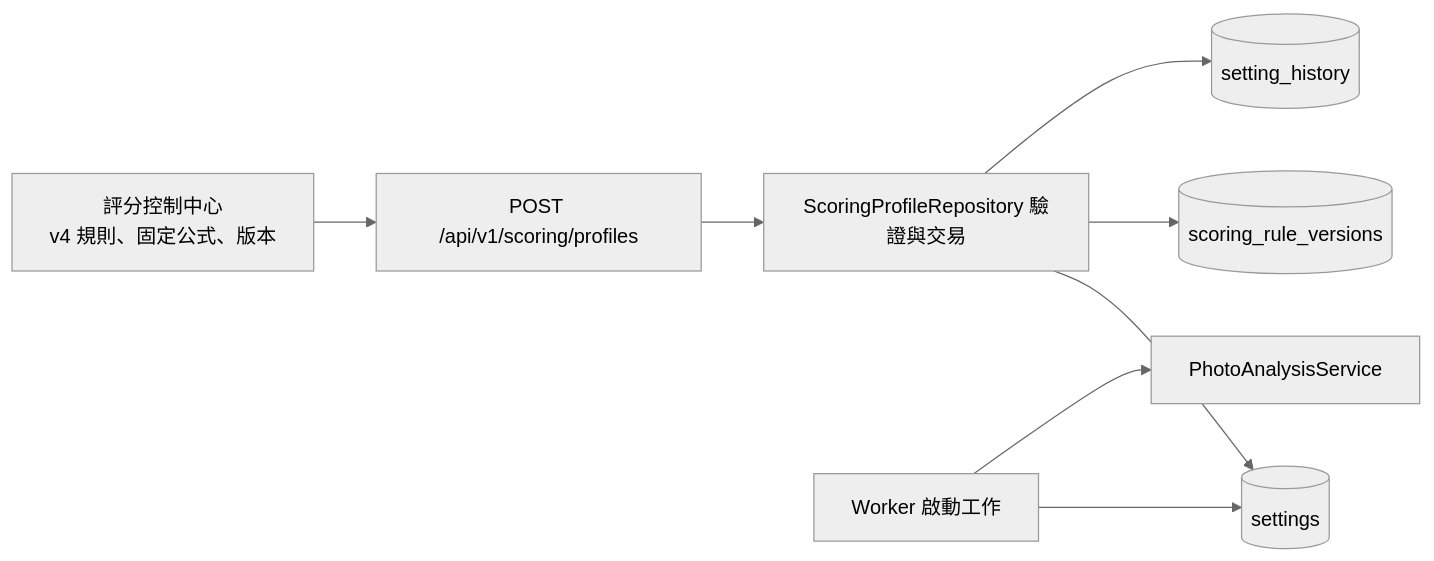
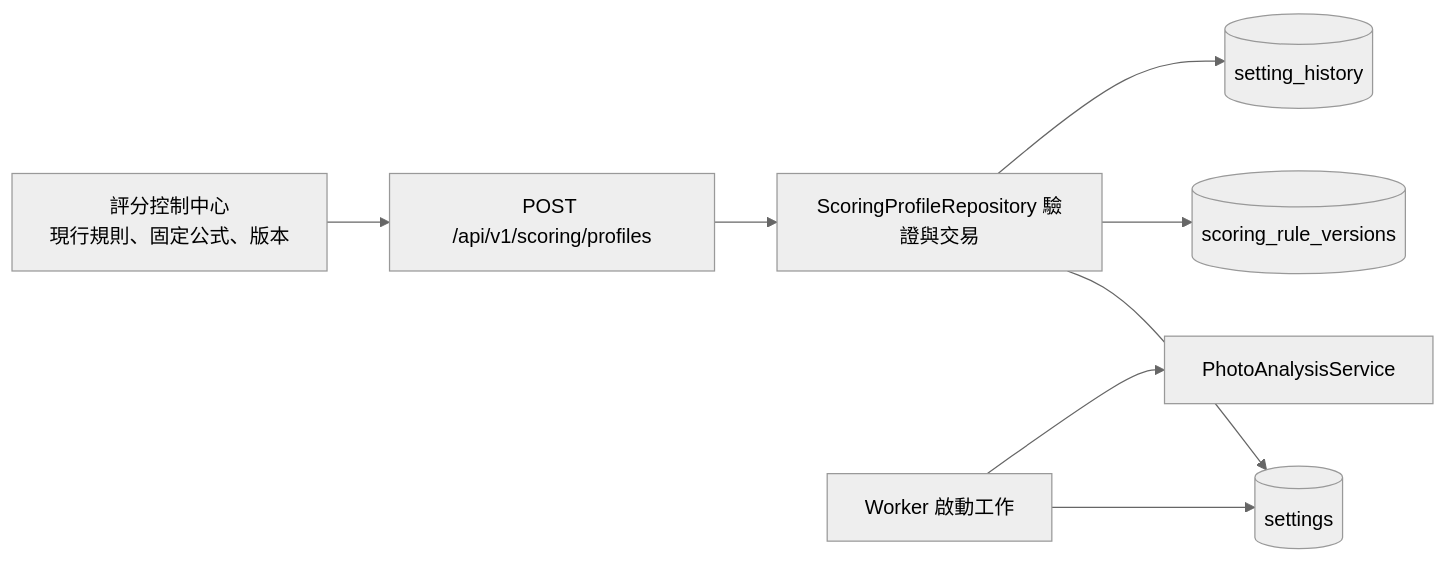
The third of 3 diagrams in docs/architecture/ARCHITECTURE_ZH_TW.md (steven87090799/InkTime), drawn with Mermaid (neutral theme) before and after one commit. The commit also changed other lines of this file and 26 other files, not shown here.

````diff
--- a/docs/architecture/ARCHITECTURE_ZH_TW.md
+++ b/docs/architecture/ARCHITECTURE_ZH_TW.md
@@ -135,10 +146,10 @@
 ```mermaid
 flowchart LR
-    SETTINGS_UI["評分控制中心<br/>v4 規則、固定公式、版本"] --> SETTINGS_API["POST /api/v1/scoring/profiles"]
+    SETTINGS_UI["評分控制中心<br/>現行規則、固定公式、版本"] --> SETTINGS_API["POST /api/v1/scoring/profiles"]
     SETTINGS_API --> VALIDATE["ScoringProfileRepository 驗證與交易"]
     VALIDATE --> SETTINGS_DB[("settings")]
     VALIDATE --> VERSIONS[("scoring_rule_versions")]
     VALIDATE --> HISTORY[("setting_history")]
     WORKER["Worker 啟動工作"] --> SETTINGS_DB
     WORKER --> ANALYSIS["PhotoAnalysisService"]
 ```
````
